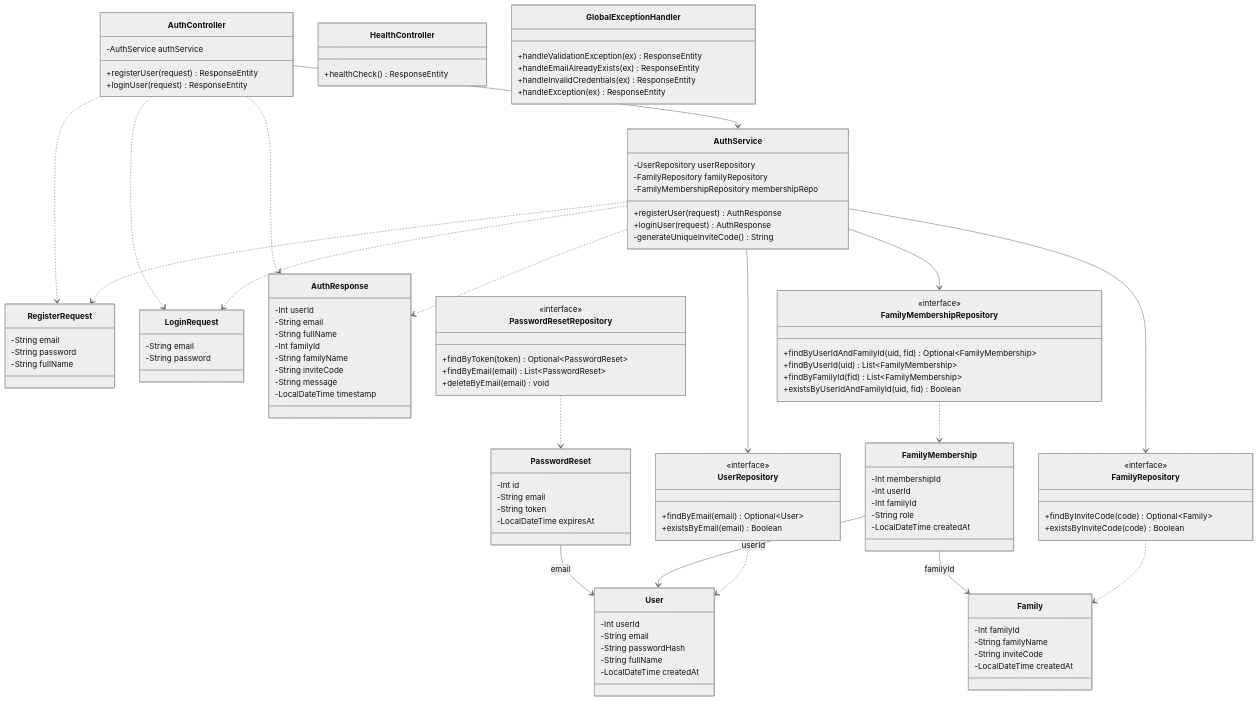
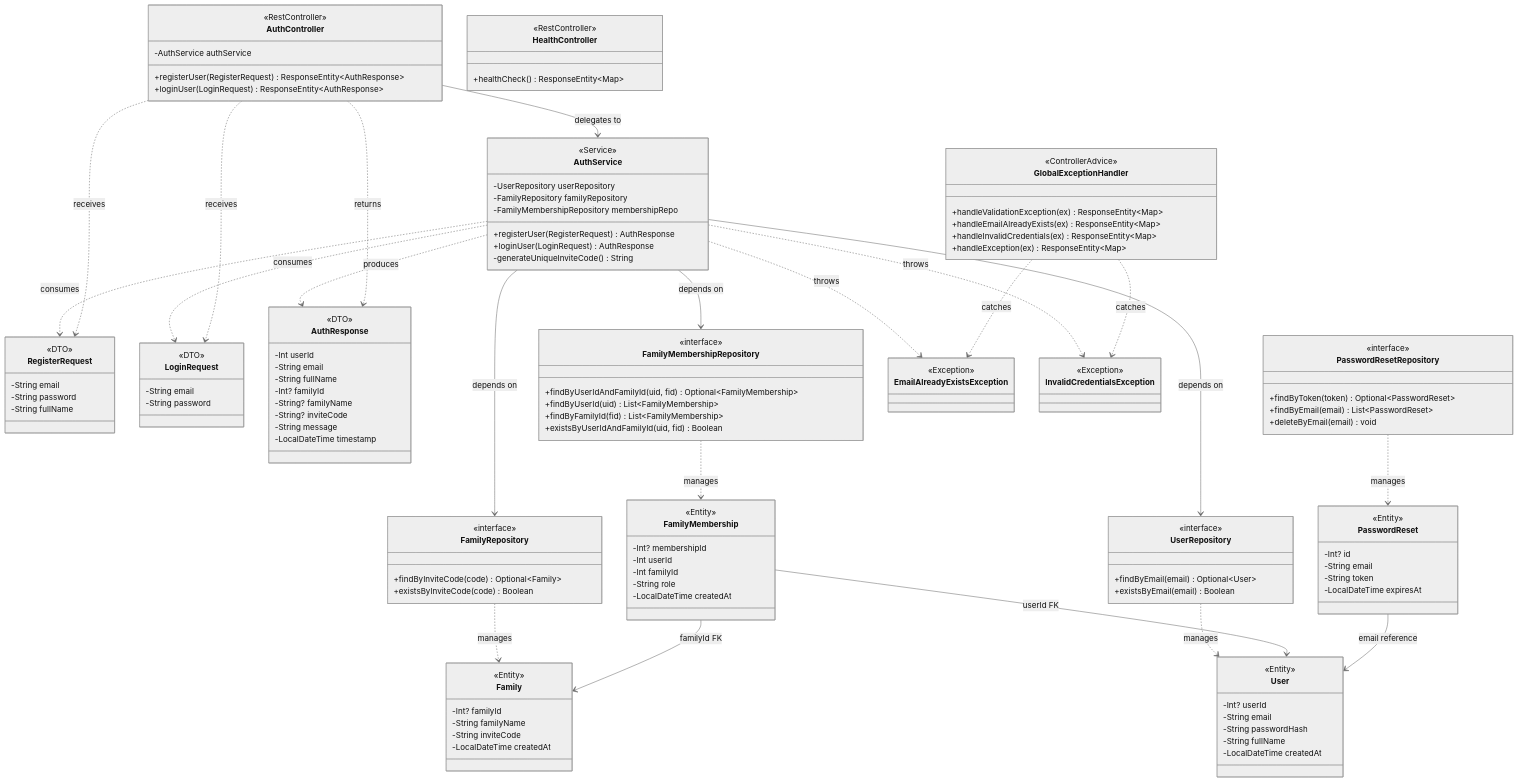
Before and after one commit to thangsaoly/nakpom-backend: the fourth of 7 diagrams in docs/uml-diagrams.md, drawn with Mermaid (neutral theme). The commit also changed other lines of this file and 1 other file, not shown here.

Commit message:
Rewrite UML diagrams: Use Case, Activity, Class, and Sequence with detailed descriptions

````diff
--- a/docs/uml-diagrams.md
+++ b/docs/uml-diagrams.md
@@ -45,7 +173,10 @@
 ```mermaid
 classDiagram
+    direction TB
+
     class User {
-        -Int userId
+        <<Entity>>
+        -Int? userId
         -String email
         -String passwordHash
         -String fullName
@@ -53,14 +184,16 @@
     }
 
     class Family {
-        -Int familyId
+        <<Entity>>
+        -Int? familyId
         -String familyName
         -String inviteCode
         -LocalDateTime createdAt
     }
 
     class FamilyMembership {
-        -Int membershipId
+        <<Entity>>
+        -Int? membershipId
         -Int userId
         -Int familyId
         -String role
@@ -68,30 +201,34 @@
     }
 
     class PasswordReset {
-        -Int id
+        <<Entity>>
+        -Int? id
         -String email
         -String token
         -LocalDateTime expiresAt
     }
 
     class RegisterRequest {
+        <<DTO>>
         -String email
         -String password
         -String fullName
     }
 
     class LoginRequest {
+        <<DTO>>
         -String email
         -String password
     }
 
     class AuthResponse {
+        <<DTO>>
         -Int userId
         -String email
         -String fullName
-        -Int familyId
-        -String familyName
-        -String inviteCode
+        -Int? familyId
+        -String? familyName
+        -String? inviteCode
         -String message
         -LocalDateTime timestamp
     }
@@ -124,49 +261,66 @@
     }
 
     class AuthService {
+        <<Service>>
         -UserRepository userRepository
         -FamilyRepository familyRepository
         -FamilyMembershipRepository membershipRepo
-        +registerUser(request) AuthResponse
-        +loginUser(request) AuthResponse
+        +registerUser(RegisterRequest) AuthResponse
+        +loginUser(LoginRequest) AuthResponse
         -generateUniqueInviteCode() String
     }
 
     class AuthController {
+        <<RestController>>
         -AuthService authService
-        +registerUser(request) ResponseEntity
-        +loginUser(request) ResponseEntity
+        +registerUser(RegisterRequest) ResponseEntity~AuthResponse~
+        +loginUser(LoginRequest) ResponseEntity~AuthResponse~
     }
 
     class HealthController {
-        +healthCheck() ResponseEntity
+        <<RestController>>
+        +healthCheck() ResponseEntity~Map~
     }
 
     class GlobalExceptionHandler {
-        +handleValidationException(ex) ResponseEntity
-        +handleEmailAlreadyExists(ex) ResponseEntity
-        +handleInvalidCredentials(ex) ResponseEntity
-        +handleException(ex) ResponseEntity
+        <<ControllerAdvice>>
+        +handleValidationException(ex) ResponseEntity~Map~
+        +handleEmailAlreadyExists(ex) ResponseEntity~Map~
+        +handleInvalidCredentials(ex) ResponseEntity~Map~
+        +handleException(ex) ResponseEntity~Map~
     }
 
-    UserRepository ..> User
-    FamilyRepository ..> Family
-    FamilyMembershipRepository ..> FamilyMembership
-    PasswordResetRepository ..> PasswordReset
+    class EmailAlreadyExistsException {
+        <<Exception>>
+    }
 
-    AuthService --> UserRepository
-    AuthService --> FamilyRepository
-    AuthService --> FamilyMembershipRepository
-    AuthService ..> RegisterRequest
-    AuthService ..> LoginRequest
-    AuthService ..> AuthResponse
+    class InvalidCredentialsException {
+        <<Exception>>
+    }
 
-    AuthController --> AuthService
-    AuthController ..> RegisterRequest
-    AuthController ..> LoginRequest
-    AuthController ..> AuthResponse
+    UserRepository ..> User : manages
+    FamilyRepository ..> Family : manages
+    FamilyMembershipRepository ..> FamilyMembership : manages
+    PasswordResetRepository ..> PasswordReset : manages
 
-    FamilyMembership --> User : userId
-    FamilyMembership --> Family : familyId
-    PasswordReset --> User : email
+    AuthService --> UserRepository : depends on
+    AuthService --> FamilyRepository : depends on
+    AuthService --> FamilyMembershipRepository : depends on
+    AuthService ..> RegisterRequest : consumes
+    AuthService ..> LoginRequest : consumes
+    AuthService ..> AuthResponse : produces
+    AuthService ..> EmailAlreadyExistsException : throws
+    AuthService ..> InvalidCredentialsException : throws
+
+    AuthController --> AuthService : delegates to
+    AuthController ..> RegisterRequest : receives
+    AuthController ..> LoginRequest : receives
+    AuthController ..> AuthResponse : returns
+
+    GlobalExceptionHandler ..> EmailAlreadyExistsException : catches
+    GlobalExceptionHandler ..> InvalidCredentialsException : catches
+
+    FamilyMembership --> User : userId FK
+    FamilyMembership --> Family : familyId FK
+    PasswordReset --> User : email reference
 ```
````
